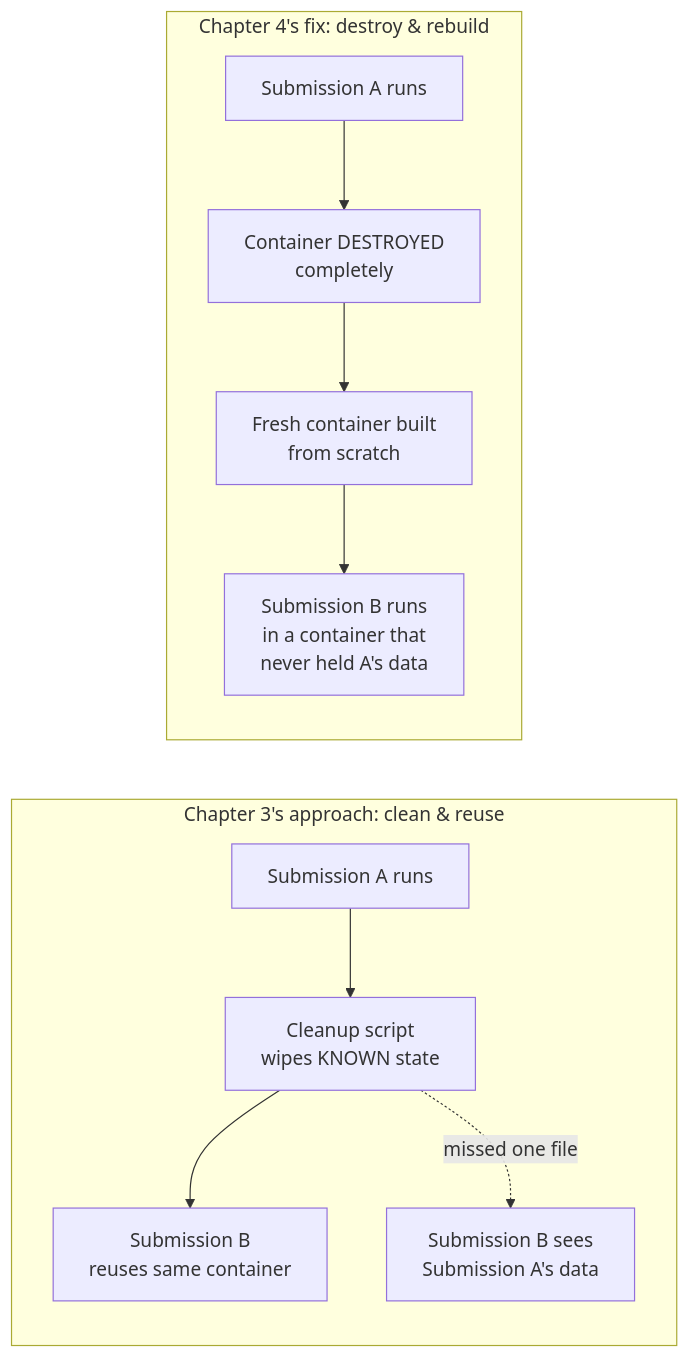
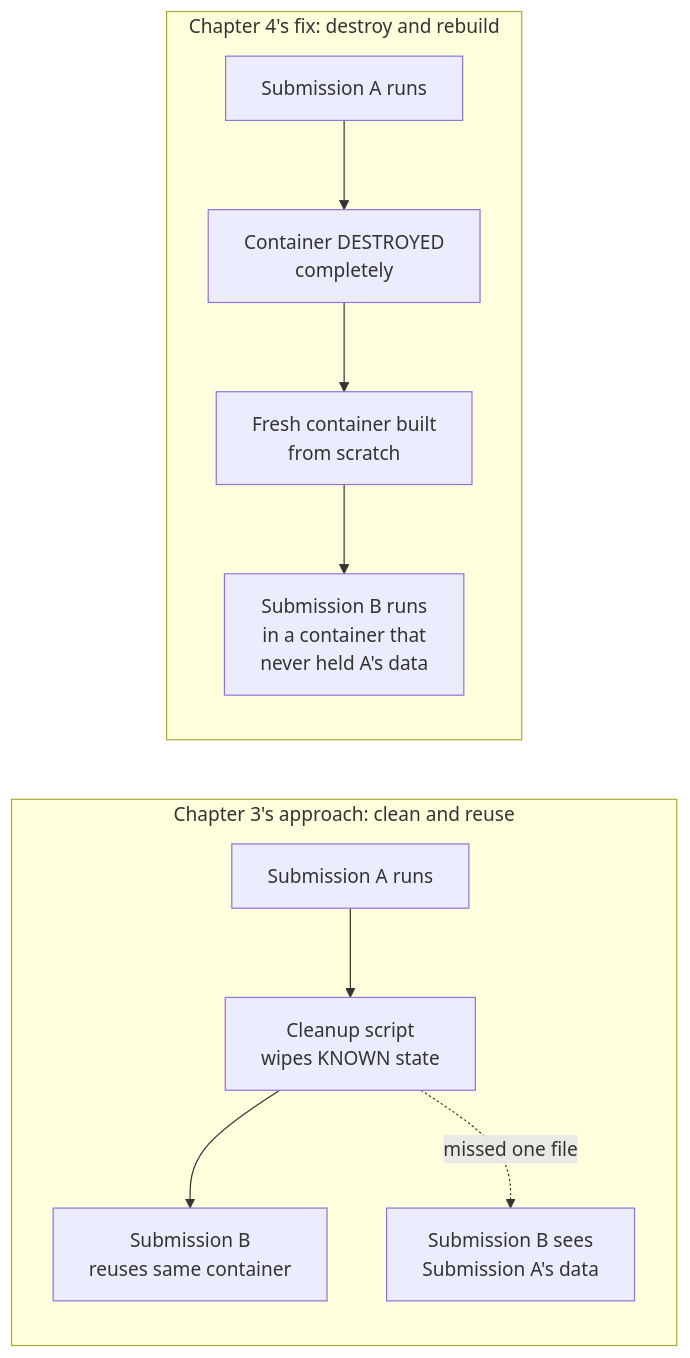
Before and after one commit to riyaz-pasha/Learnings: the fourth of 12 diagrams in system-design/HLD/0-course/66-Design-a-Code-Execution-Engine-LeetCode-Replit-FAANG-Guide-story.md, drawn with Mermaid. The commit also changed other lines of this file and 5 other files, not shown here.

````diff
--- a/system-design/HLD/0-course/66-Design-a-Code-Execution-Engine-LeetCode-Replit-FAANG-Guide-story.md
+++ b/system-design/HLD/0-course/66-Design-a-Code-Execution-Engine-LeetCode-Replit-FAANG-Guide-story.md
@@ -100,10 +263,10 @@
 ```mermaid
 flowchart LR
-    subgraph Reuse["Chapter 3's approach: clean & reuse"]
-        R1["Submission A runs"] --> R2["Cleanup script\nwipes KNOWN state"] --> R3["Submission B\nreuses same container"]
-        R2 -.->|"missed one file"| Leak["Submission B sees\nSubmission A's data"]
+    subgraph Reuse["Chapter 3's approach: clean and reuse"]
+        R1["Submission A runs"] --> R2["Cleanup script<br/>wipes KNOWN state"] --> R3["Submission B<br/>reuses same container"]
+        R2 -.->|"missed one file"| Leak["Submission B sees<br/>Submission A's data"]
     end
-    subgraph Fresh["Chapter 4's fix: destroy & rebuild"]
-        F1["Submission A runs"] --> F2["Container DESTROYED\ncompletely"] --> F3["Fresh container built\nfrom scratch"] --> F4["Submission B runs\nin a container that\nnever held A's data"]
+    subgraph Fresh["Chapter 4's fix: destroy and rebuild"]
+        F1["Submission A runs"] --> F2["Container DESTROYED<br/>completely"] --> F3["Fresh container built<br/>from scratch"] --> F4["Submission B runs<br/>in a container that<br/>never held A's data"]
     end
 ```
````
